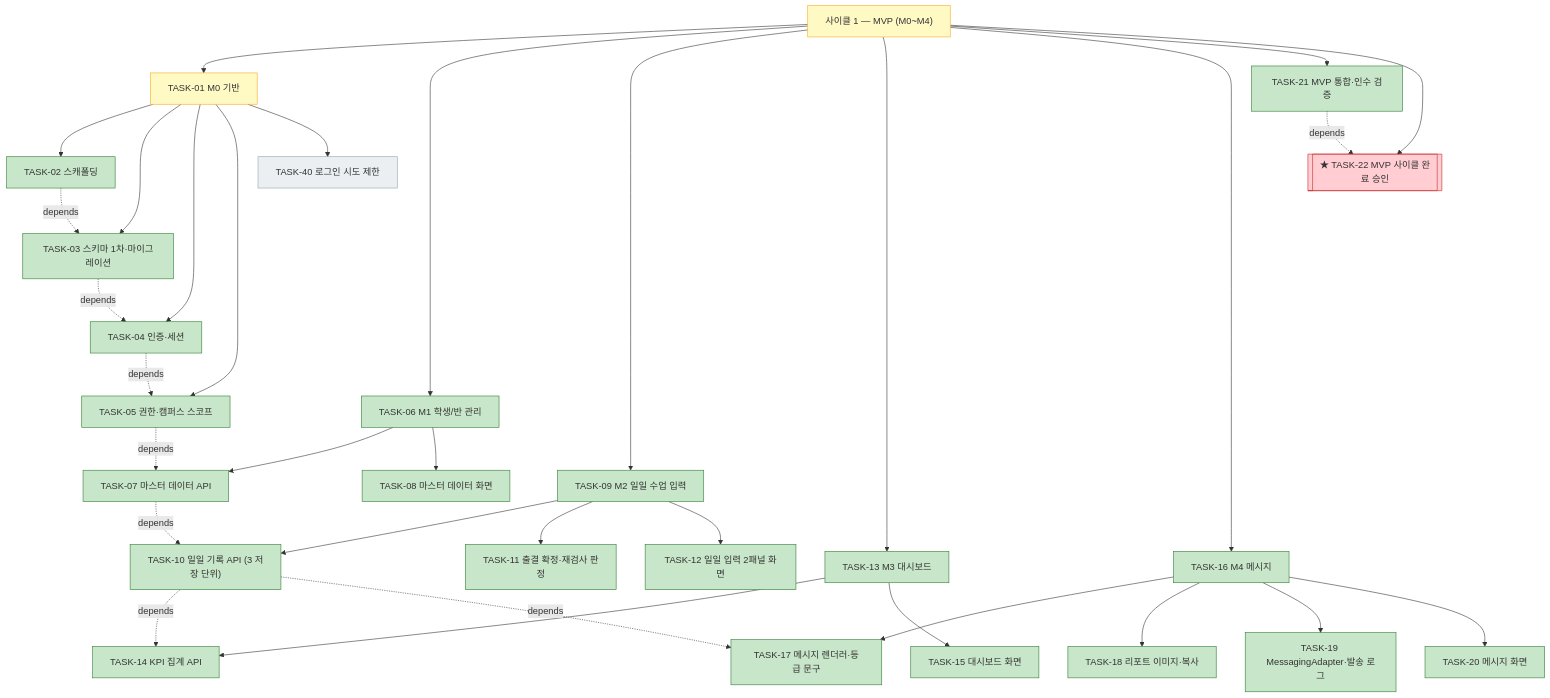
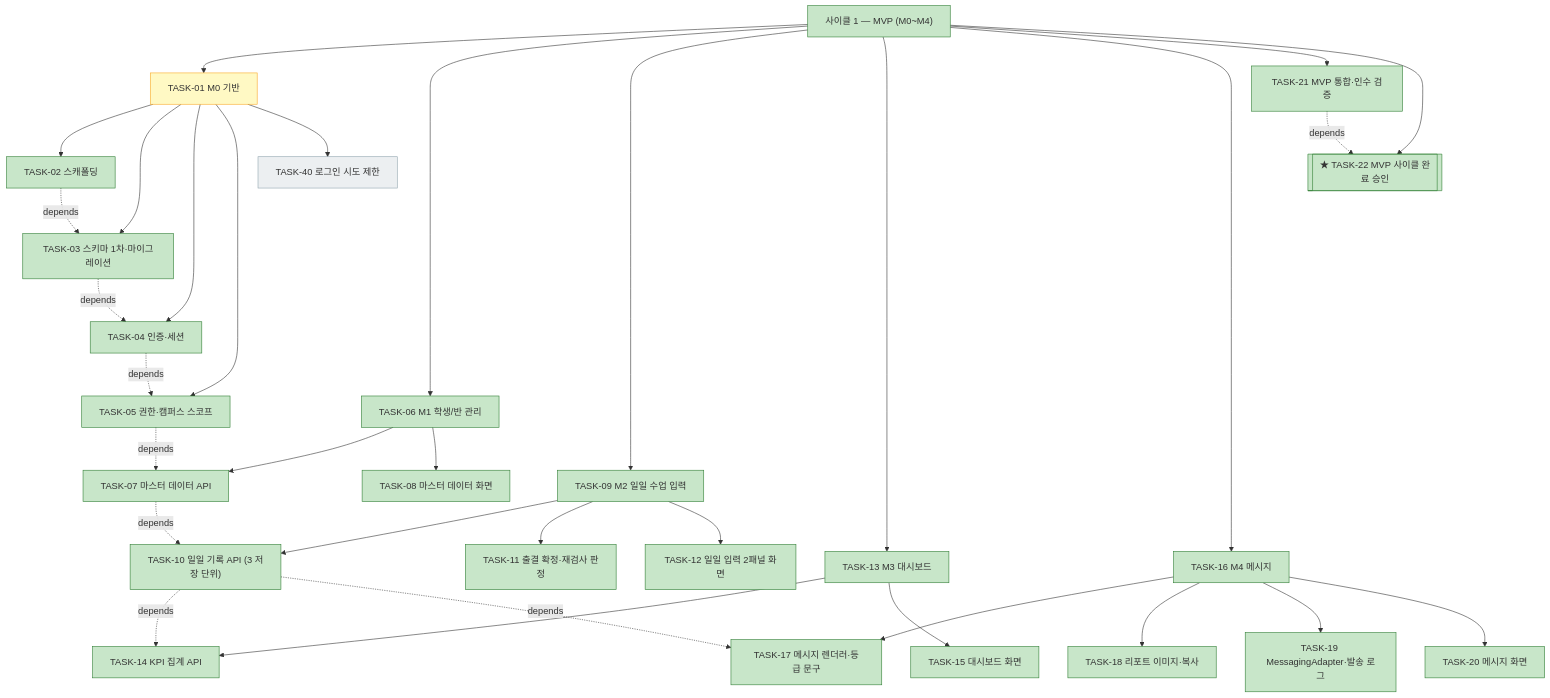
Before and after one commit to bluesky5008/mathdesk: the first of 3 diagrams in docs/plan.md, drawn with Mermaid. The commit also changed other lines of this file and 2 other files, not shown here.

First line of the commit message:
docs: TASK-22 사이클 1(MVP) 완료 승인

````diff
--- a/docs/plan.md
+++ b/docs/plan.md
@@ -105,39 +105,39 @@
 ```mermaid
 flowchart TD
-    C1["사이클 1 — MVP (M0~M4)"]:::active
+    C1["사이클 1 — MVP (M0~M4)"]:::done
     C1 --> T01["TASK-01 M0 기반"]:::active
     T01 --> T02["TASK-02 스캐폴딩"]:::done
     T01 --> T03["TASK-03 스키마 1차·마이그레이션"]:::done
     T01 --> T04["TASK-04 인증·세션"]:::done
     T01 --> T05["TASK-05 권한·캠퍼스 스코프"]:::done
     T01 --> T40["TASK-40 로그인 시도 제한"]:::todo
     C1 --> T06["TASK-06 M1 학생/반 관리"]:::done
     T06 --> T07["TASK-07 마스터 데이터 API"]:::done
     T06 --> T08["TASK-08 마스터 데이터 화면"]:::done
     C1 --> T09["TASK-09 M2 일일 수업 입력"]:::done
     T09 --> T10["TASK-10 일일 기록 API (3 저장 단위)"]:::done
     T09 --> T11["TASK-11 출결 확정·재검사 판정"]:::done
     T09 --> T12["TASK-12 일일 입력 2패널 화면"]:::done
     C1 --> T13["TASK-13 M3 대시보드"]:::done
     T13 --> T14["TASK-14 KPI 집계 API"]:::done
     T13 --> T15["TASK-15 대시보드 화면"]:::done
     C1 --> T16["TASK-16 M4 메시지"]:::done
     T16 --> T17["TASK-17 메시지 렌더러·등급 문구"]:::done
     T16 --> T18["TASK-18 리포트 이미지·복사"]:::done
     T16 --> T19["TASK-19 MessagingAdapter·발송 로그"]:::done
     T16 --> T20["TASK-20 메시지 화면"]:::done
     C1 --> T21["TASK-21 MVP 통합·인수 검증"]:::done
-    C1 --> T22[["★ TASK-22 MVP 사이클 완료 승인"]]:::gate
+    C1 --> T22[["★ TASK-22 MVP 사이클 완료 승인"]]:::done
     T02 -. depends .-> T03
     T03 -. depends .-> T04
     T04 -. depends .-> T05
     T05 -. depends .-> T07
     T07 -. depends .-> T10
     T10 -. depends .-> T14
     T10 -. depends .-> T17
     T21 -. depends .-> T22
     classDef done fill:#c8e6c9,stroke:#2e7d32
     classDef active fill:#fff9c4,stroke:#f9a825
     classDef todo fill:#eceff1,stroke:#90a4ae
     classDef gate fill:#ffcdd2,stroke:#c62828
 ```
````
